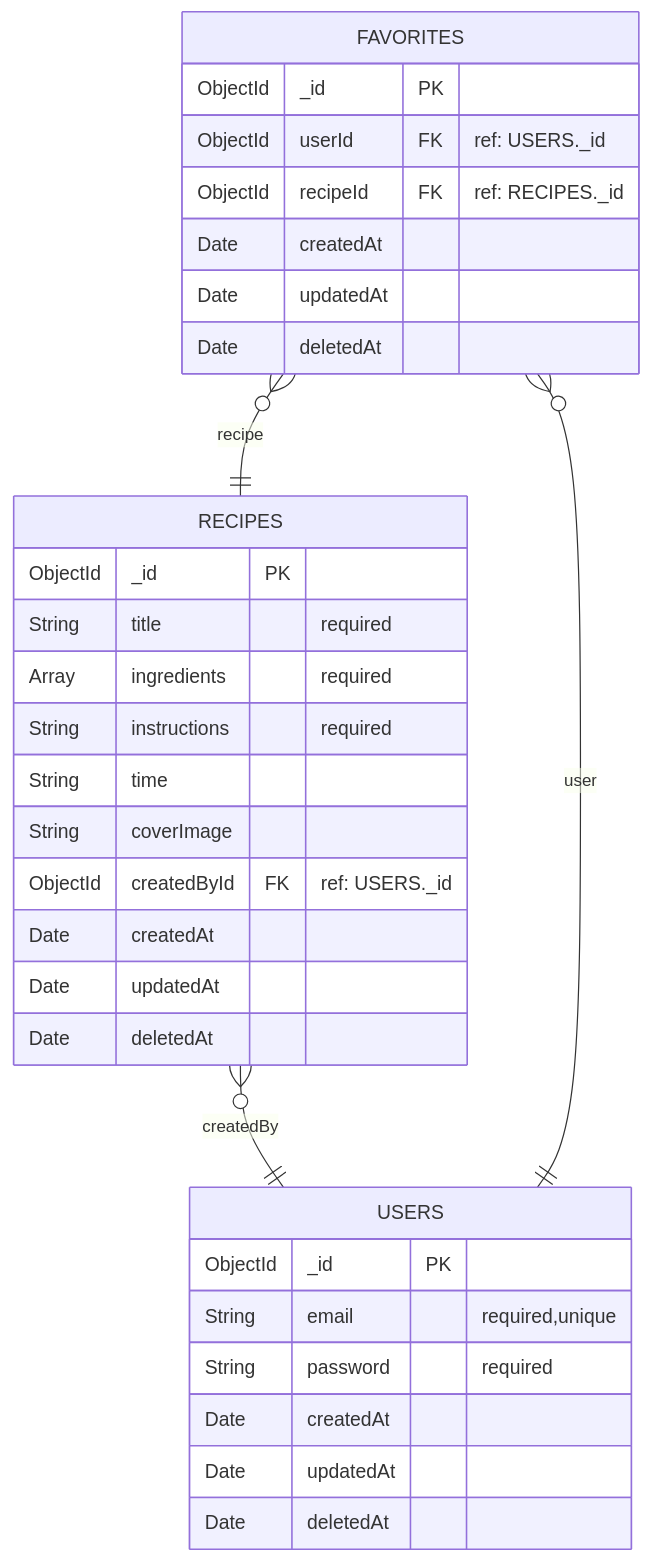
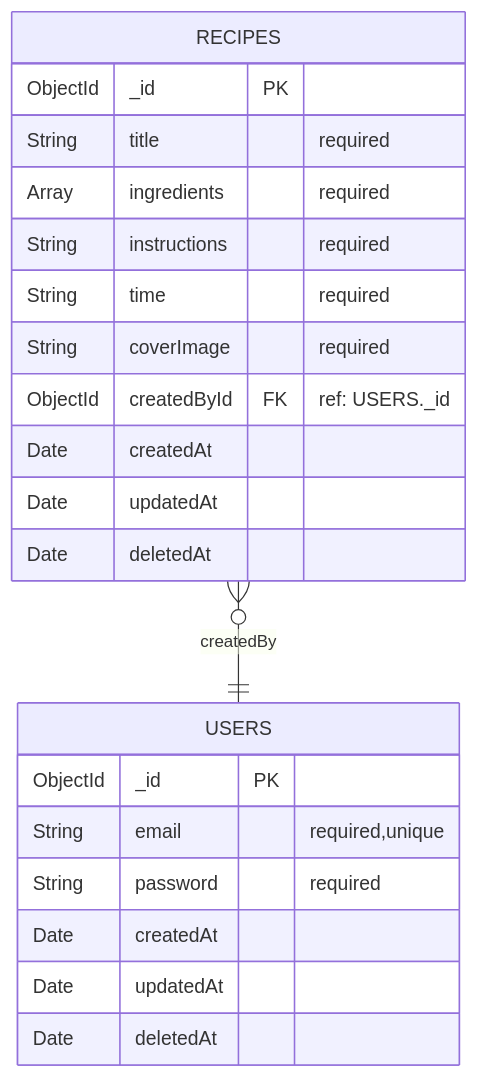
Before and after one commit to cia-GKMIT/Functional-Document-FoodRecipeWebApp: the diagram in docs/database_schema.md, drawn with Mermaid. The commit also changed other lines of this file and 8 other files, not shown here.

````diff
--- a/docs/database_schema.md
+++ b/docs/database_schema.md
@@ -53,41 +52,30 @@
 ```mermaid
 erDiagram
  
-
-    FAVORITES {
-        ObjectId _id PK 
-        ObjectId userId FK "ref: USERS._id"
-        ObjectId recipeId FK "ref: RECIPES._id"
-        Date createdAt
-        Date updatedAt
-        Date deletedAt
-    }
 
     USERS {
         ObjectId _id PK 
         String email "required,unique"
         String password "required" 
         Date createdAt
         Date updatedAt
         Date deletedAt
     }
 
     RECIPES {
         ObjectId _id PK 
         String title "required"
         Array ingredients "required"
         String instructions "required"
-        String time
-        String coverImage
+        String time "required"
+        String coverImage "required"
         ObjectId createdById FK "ref: USERS._id"
         Date createdAt
         Date updatedAt
         Date deletedAt
     }
 
     RECIPES }o--|| USERS : "createdBy"
-    FAVORITES }o--|| USERS : "user"
-    FAVORITES }o--|| RECIPES : "recipe"
 
 
 ```
````
